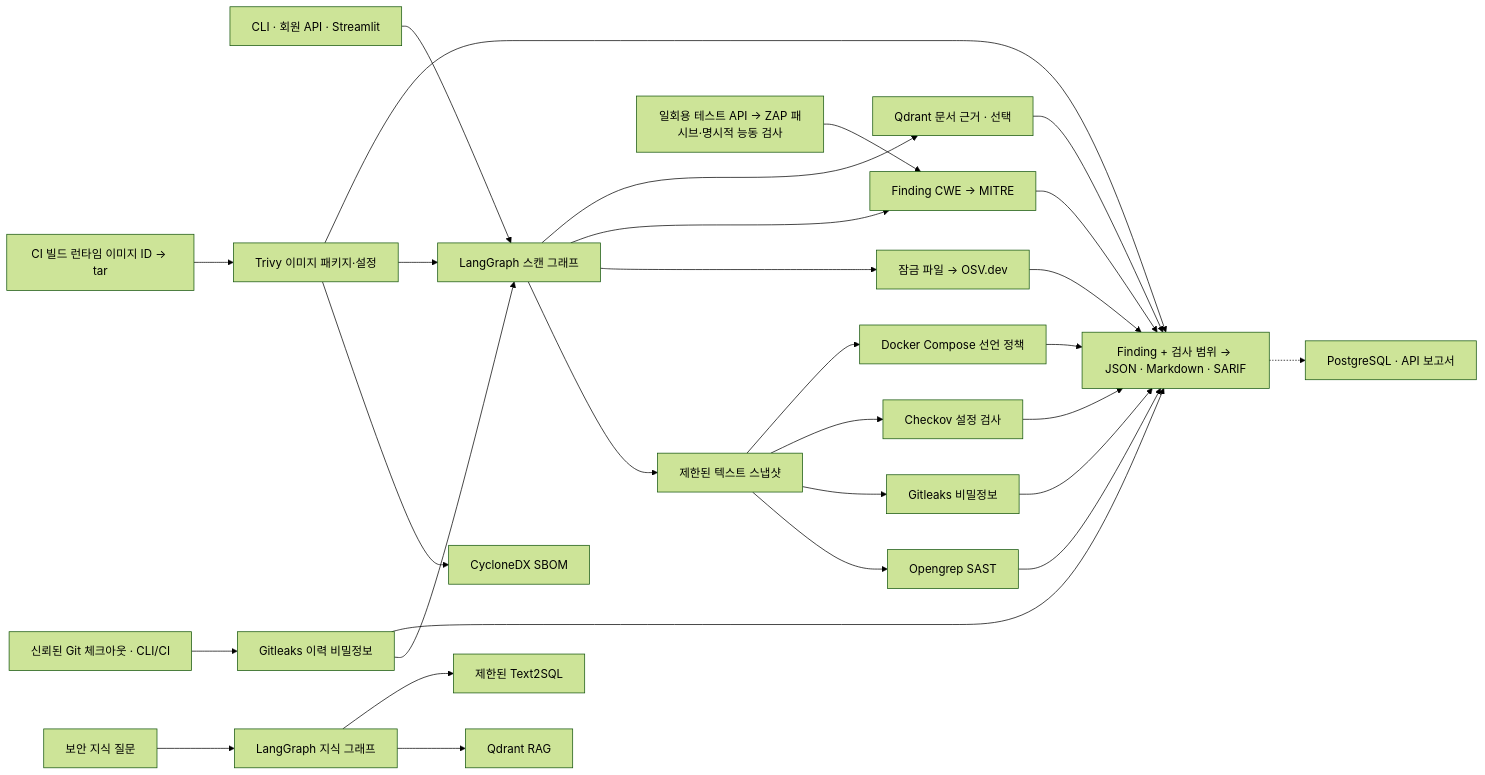
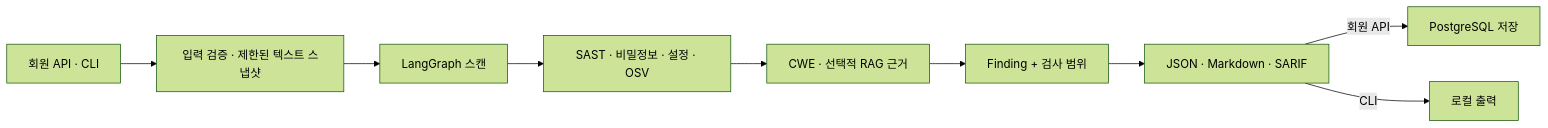
Before and after one commit to taehyeon-git/SecRAGraph: the diagram in README.md, drawn with Mermaid (forest theme). The commit also changed other lines of this file, not shown here.

````diff
--- a/README.md
+++ b/README.md
@@ -51,31 +32,11 @@
 ```mermaid
 flowchart LR
-  INPUT["CLI · 회원 API · Streamlit"] --> SCAN["LangGraph 스캔 그래프"]
-  SCAN --> SNAP["제한된 텍스트 스냅샷"]
-  SNAP --> SAST["Opengrep SAST"]
-  SNAP --> SECRET["Gitleaks 비밀정보"]
-  HISTORY["신뢰된 Git 체크아웃 · CLI/CI"] --> HISTSECRET["Gitleaks 이력 비밀정보"]
-  HISTSECRET --> SCAN
-  IMAGE["CI 빌드 런타임 이미지 ID → tar"] --> TRIVY["Trivy 이미지 패키지·설정"]
-  TRIVY --> SBOM["CycloneDX SBOM"]
-  TRIVY --> SCAN
-  SNAP --> CONFIG["Checkov 설정 검사"]
-  SNAP --> COMPOSEPOLICY["Docker Compose 선언 정책"]
-  SCAN --> OSV["잠금 파일 → OSV.dev"]
-  SCAN --> CWE["Finding CWE → MITRE"]
-  SCAN --> EVIDENCE["Qdrant 문서 근거 · 선택"]
-  DAST["일회용 테스트 API → ZAP 패시브·명시적 능동 검사"] --> CWE
-  SAST --> REPORT["Finding + 검사 범위 → JSON · Markdown · SARIF"]
-  SECRET --> REPORT
-  HISTSECRET --> REPORT
-  TRIVY --> REPORT
-  CONFIG --> REPORT
-  COMPOSEPOLICY --> REPORT
-  OSV --> REPORT
-  CWE --> REPORT
-  EVIDENCE --> REPORT
-  REPORT -.-> STORE["PostgreSQL · API 보고서"]
-  QUESTION["보안 지식 질문"] --> KNOWLEDGE["LangGraph 지식 그래프"]
-  KNOWLEDGE --> RAG["Qdrant RAG"]
-  KNOWLEDGE --> SQL["제한된 Text2SQL"]
+  A["회원 API · CLI"] --> B["입력 검증 · 제한된 텍스트 스냅샷"]
+  B --> C["LangGraph 스캔"]
+  C --> D["SAST · 비밀정보 · 설정 · OSV"]
+  D --> E["CWE · 선택적 RAG 근거"]
+  E --> F["Finding + 검사 범위"]
+  F --> G["JSON · Markdown · SARIF"]
+  G -->|회원 API| H["PostgreSQL 저장"]
+  G -->|CLI| I["로컬 출력"]
 ```
````
